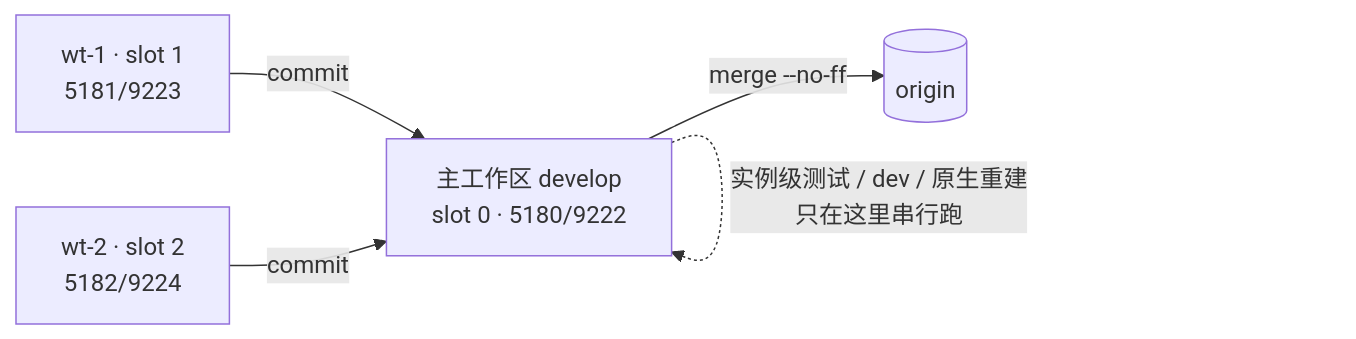
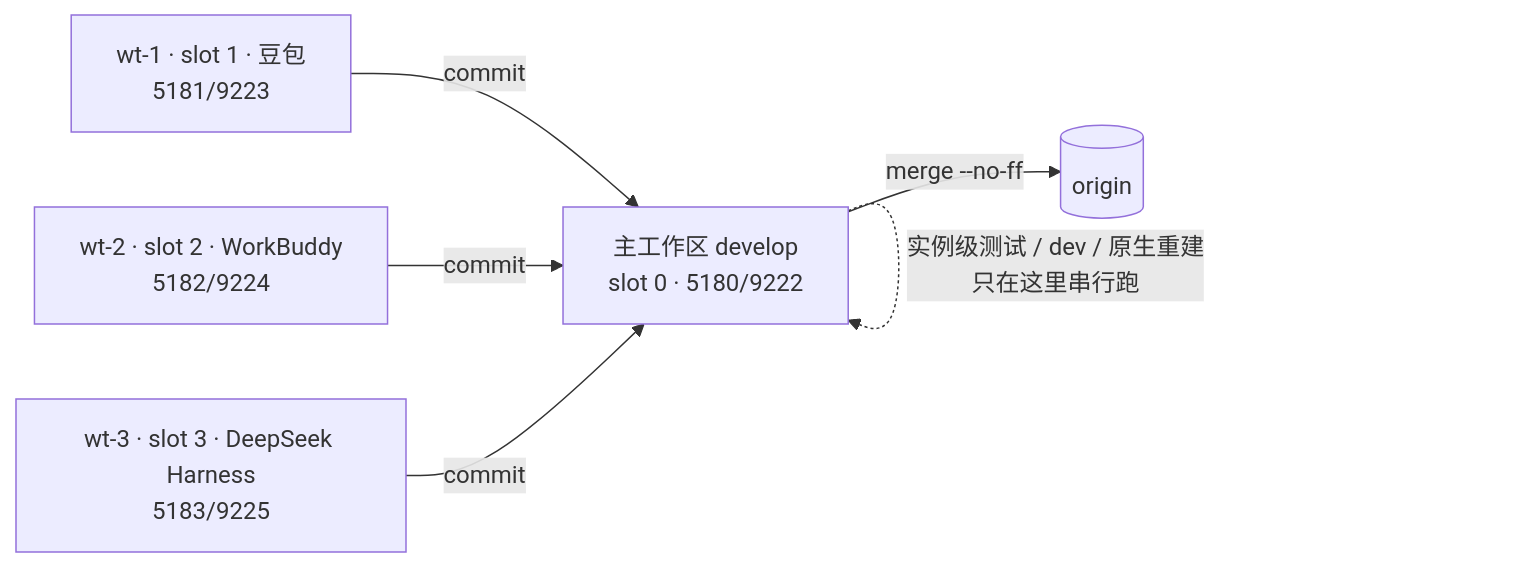
Before and after one commit to byfbaish/AI-Novel-Writer: the diagram in docs/agents/worktree-parallel.md, drawn with Mermaid. The commit also changed other lines of this file and 3 other files, not shown here.

````diff
--- a/docs/agents/worktree-parallel.md
+++ b/docs/agents/worktree-parallel.md
@@ -35,7 +38,8 @@
 ```mermaid
 flowchart LR
   M[主工作区 develop<br/>slot 0 · 5180/9222] -->|merge --no-ff| R[(origin)]
-  A1[wt-1 · slot 1<br/>5181/9223] -->|commit| M
-  A2[wt-2 · slot 2<br/>5182/9224] -->|commit| M
+  A1[wt-1 · slot 1 · 豆包<br/>5181/9223] -->|commit| M
+  A2[wt-2 · slot 2 · WorkBuddy<br/>5182/9224] -->|commit| M
+  A3[wt-3 · slot 3 · DeepSeek Harness<br/>5183/9225] -->|commit| M
   M -.->|实例级测试 / dev / 原生重建<br/>只在这里串行跑| M
 ```
````
